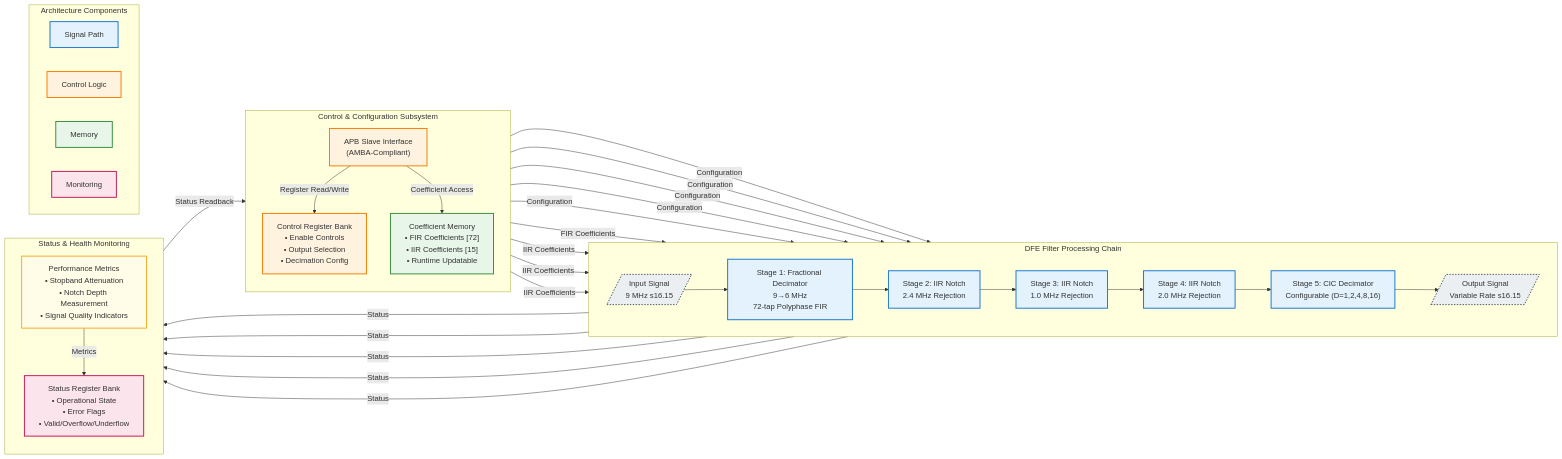
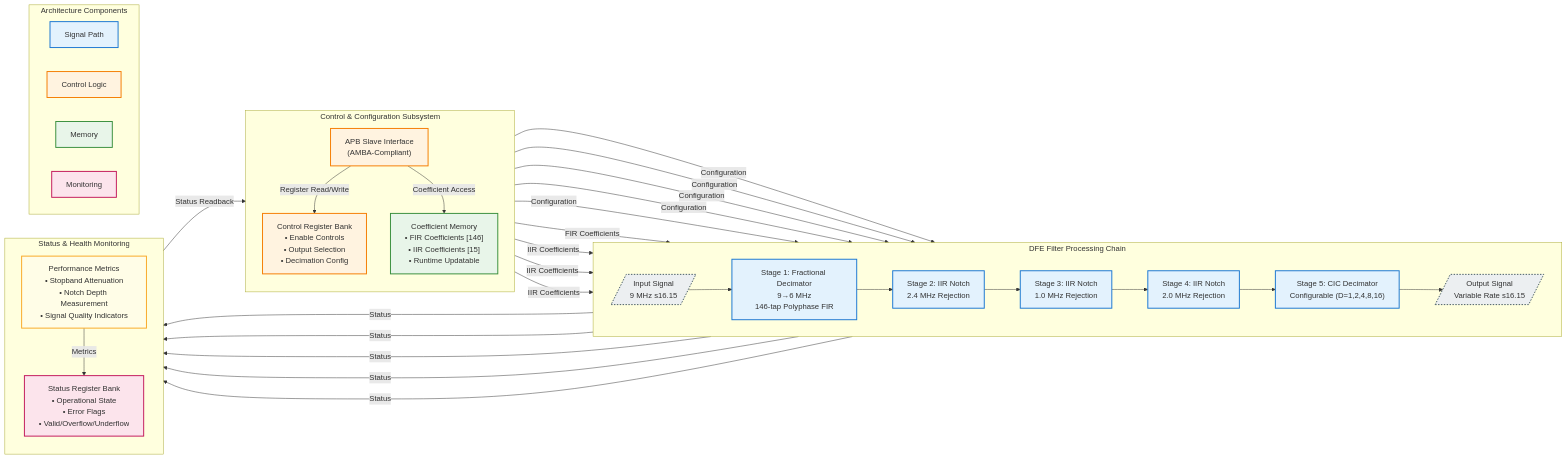
Before and after one commit to Mustafa11005/Multi_Stage_DFE: the diagram in README.md, drawn with Mermaid. The commit also changed other lines of this file, not shown here.

Commit message:
Update README.md to reflect changes in FIR coefficient implementation from 72-tap to 146-tap

````diff
--- a/README.md
+++ b/README.md
@@ -141,75 +141,75 @@
 ```mermaid
 %% Professional DFE Filter Array Architecture Diagram
 graph LR
   %% Signal Processing Chain
   subgraph DFE["DFE Filter Processing Chain"]
     direction LR
-    in[/"Input Signal<br/>9 MHz s16.15"/] --> FD["Stage 1: Fractional Decimator<br/>9→6 MHz<br/>72-tap Polyphase FIR"]
+    in[/"Input Signal<br/>9 MHz s16.15"/] --> FD["Stage 1: Fractional Decimator<br/>9→6 MHz<br/>146-tap Polyphase FIR"]
     FD --> IIR1["Stage 2: IIR Notch<br/>2.4 MHz Rejection"]
     IIR1 --> IIR2["Stage 3: IIR Notch<br/>1.0 MHz Rejection"]
     IIR2 --> IIR3["Stage 4: IIR Notch<br/>2.0 MHz Rejection"]
     IIR3 --> CIC["Stage 5: CIC Decimator<br/>Configurable (D=1,2,4,8,16)"]
     CIC --> out[/"Output Signal<br/>Variable Rate s16.15"/]
   end
 
   %% Control and Configuration System
   subgraph CTRL["Control & Configuration Subsystem"]
     direction TB
     APB["APB Slave Interface<br/>(AMBA-Compliant)"] 
     REG["Control Register Bank<br/>• Enable Controls<br/>• Output Selection<br/>• Decimation Config"]
-    CMEM["Coefficient Memory<br/>• FIR Coefficients [72]<br/>• IIR Coefficients [15]<br/>• Runtime Updatable"]
+    CMEM["Coefficient Memory<br/>• FIR Coefficients [146]<br/>• IIR Coefficients [15]<br/>• Runtime Updatable"]
   end
 
   %% Status and Monitoring
   subgraph MON["Status & Health Monitoring"]
     direction TB
     STAT["Status Register Bank<br/>• Operational State<br/>• Error Flags<br/>• Valid/Overflow/Underflow"]
     PERF["Performance Metrics<br/>• Stopband Attenuation<br/>• Notch Depth Measurement<br/>• Signal Quality Indicators"]
   end
 
   %% Control Signal Routing
   APB -->|"Register Read/Write"| REG
   APB -->|"Coefficient Access"| CMEM
   REG -->|"Configuration"| FD
   REG -->|"Configuration"| IIR1
   REG -->|"Configuration"| IIR2
   REG -->|"Configuration"| IIR3
   REG -->|"Configuration"| CIC
   CMEM -->|"FIR Coefficients"| FD
   CMEM -->|"IIR Coefficients"| IIR1
   CMEM -->|"IIR Coefficients"| IIR2
   CMEM -->|"IIR Coefficients"| IIR3
 
   %% Status Feedback
   FD -->|"Status"| STAT
   IIR1 -->|"Status"| STAT
   IIR2 -->|"Status"| STAT
   IIR3 -->|"Status"| STAT
   CIC -->|"Status"| STAT
   PERF -->|"Metrics"| STAT
   STAT -->|"Status Readback"| APB
 
   %% Visual Styling
   classDef datapath fill:#e3f2fd,stroke:#1976d2,stroke-width:2px;
   classDef control  fill:#fff3e0,stroke:#f57c00,stroke-width:2px;
   classDef memory   fill:#e8f5e9,stroke:#388e3c,stroke-width:2px;
   classDef status   fill:#fce4ec,stroke:#c2185b,stroke-width:2px;
   classDef io       fill:#eceff1,stroke:#455a64,stroke-width:2px,stroke-dasharray: 3 3;
   classDef perf     fill:#fffde7,stroke:#f9a825,stroke-width:2px;
 
   class FD,IIR1,IIR2,IIR3,CIC datapath;
   class in,out io;
   class APB,REG control;
   class CMEM memory;
   class STAT status;
   class PERF perf;
 
   %% Architecture Legend
   subgraph LEG["Architecture Components"]
     direction LR
     L1["Signal Path"]:::datapath
     L2["Control Logic"]:::control
     L3["Memory"]:::memory
     L4["Monitoring"]:::status
   end
 ```
````
